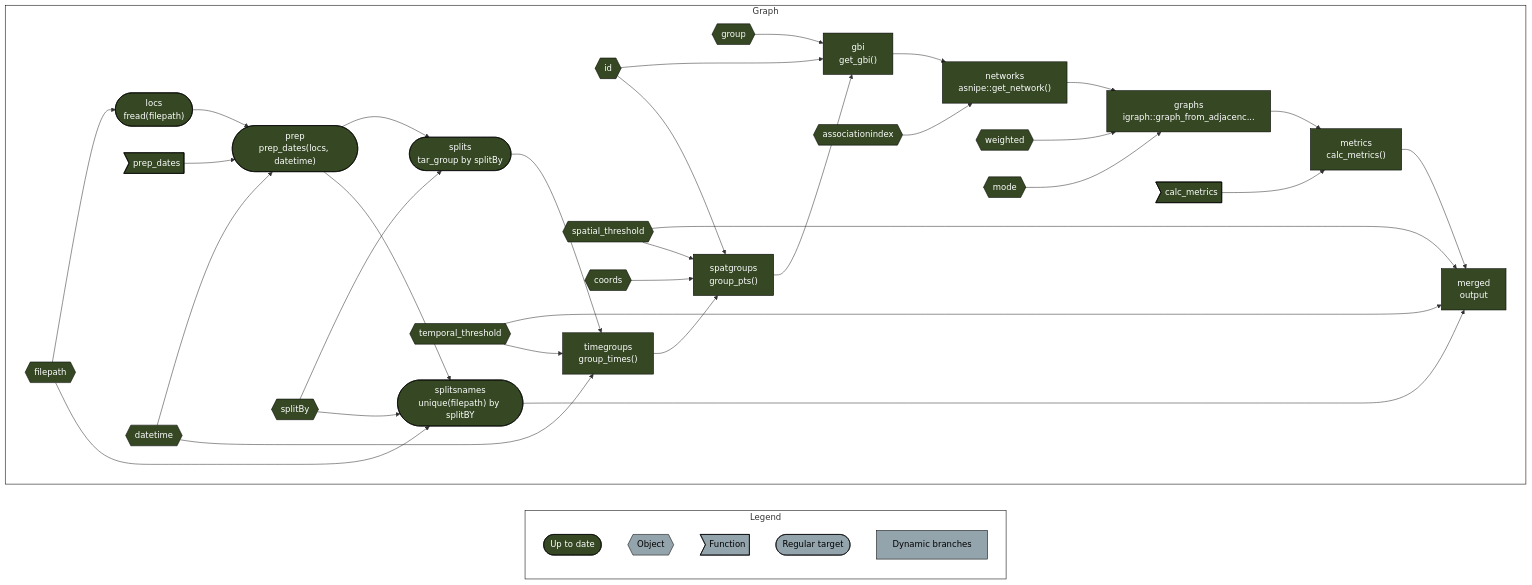
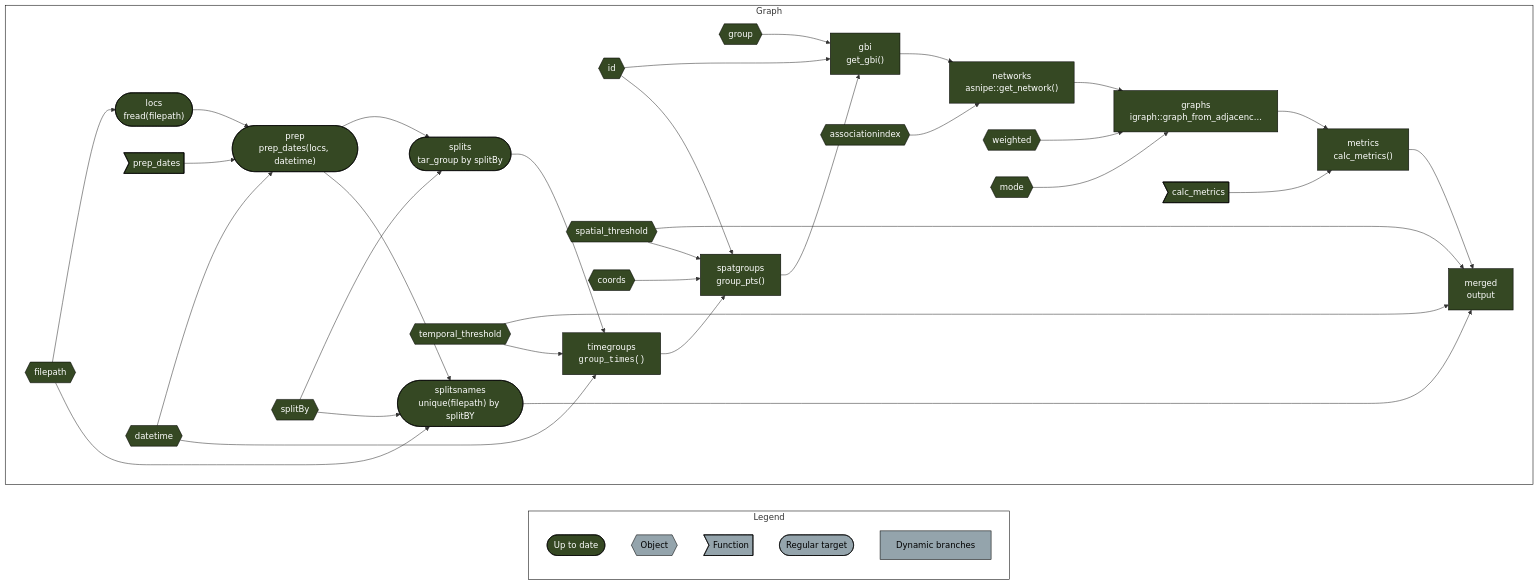
Before and after one commit to robitalec/targets-spatsoc-networks: the diagram in README.md, drawn with Mermaid. The commit also changed 1 other file, not shown here.

Commit message:
test code html block styling

````diff
--- a/README.md
+++ b/README.md
@@ -10,48 +10,48 @@
 ``` mermaid
 graph LR
   style Legend fill:#FFFFFF00,stroke:#000000;
   style Graph fill:#FFFFFF00,stroke:#000000;
   subgraph Legend
     xf1522833a4d242c5(["Up to date"]):::uptodate
     xbecb13963f49e50b{{"Object"}}:::none
     xeb2d7cac8a1ce544>"Function"]:::none
     xd03d7c7dd2ddda2b(["Regular target"]):::none
     x6f7e04ea3427f824["Dynamic branches"]:::none
   end
   subgraph Graph
     direction LR
     xfeaff7c1bc5fe2e5{{"group"}}:::uptodate --> x8b0c676d7240242a["gbi<br>get_gbi()"]:::uptodate
     xc25194a2e4c760d5{{"id"}}:::uptodate --> x8b0c676d7240242a["gbi<br>get_gbi()"]:::uptodate
     xdf10c21b92224150["spatgroups<br>group_pts()"]:::uptodate --> x8b0c676d7240242a["gbi<br>get_gbi()"]:::uptodate
     xc389638817199bf0["networks<br>asnipe::get_network()"]:::uptodate --> x2db02d438e6d5e6f["graphs<br>igraph::graph_from_adjacenc..."]:::uptodate
     x7ceaaf778822044f{{"weighted"}}:::uptodate --> x2db02d438e6d5e6f["graphs<br>igraph::graph_from_adjacenc..."]:::uptodate
     x8568773019f89f54{{"mode"}}:::uptodate --> x2db02d438e6d5e6f["graphs<br>igraph::graph_from_adjacenc..."]:::uptodate
     x251c0fecf340765b{{"filepath"}}:::uptodate --> x5d49490da5202c91(["locs<br>fread(filepath)"]):::uptodate
     x544e14c8fac2c5b0["metrics<br>calc_metrics()"]:::uptodate --> x0babe2584c9010e0["merged<br>output"]:::uptodate
     x86be964788bf0a62{{"spatial_threshold"}}:::uptodate --> x0babe2584c9010e0["merged<br>output"]:::uptodate
     xe5f9f129783c9289(["splitsnames<br>unique(filepath) by splitBY"]):::uptodate --> x0babe2584c9010e0["merged<br>output"]:::uptodate
     x7691bca923fa768d{{"temporal_threshold"}}:::uptodate --> x0babe2584c9010e0["merged<br>output"]:::uptodate
     x6f3a445de245bc35>"calc_metrics"]:::uptodate --> x544e14c8fac2c5b0["metrics<br>calc_metrics()"]:::uptodate
     x2db02d438e6d5e6f["graphs<br>igraph::graph_from_adjacenc..."]:::uptodate --> x544e14c8fac2c5b0["metrics<br>calc_metrics()"]:::uptodate
     xc46e1ab6af5c8492{{"associationindex"}}:::uptodate --> xc389638817199bf0["networks<br>asnipe::get_network()"]:::uptodate
     x8b0c676d7240242a["gbi<br>get_gbi()"]:::uptodate --> xc389638817199bf0["networks<br>asnipe::get_network()"]:::uptodate
     xd135a9eb46727432>"prep_dates"]:::uptodate --> x3906e3b7b61cde90(["prep<br>prep_dates(locs, datetime)"]):::uptodate
     xe1070fbd6d46a47b{{"datetime"}}:::uptodate --> x3906e3b7b61cde90(["prep<br>prep_dates(locs, datetime)"]):::uptodate
     x5d49490da5202c91(["locs<br>fread(filepath)"]):::uptodate --> x3906e3b7b61cde90(["prep<br>prep_dates(locs, datetime)"]):::uptodate
     xbd740468b493bf05{{"coords"}}:::uptodate --> xdf10c21b92224150["spatgroups<br>group_pts()"]:::uptodate
     xc25194a2e4c760d5{{"id"}}:::uptodate --> xdf10c21b92224150["spatgroups<br>group_pts()"]:::uptodate
     x86be964788bf0a62{{"spatial_threshold"}}:::uptodate --> xdf10c21b92224150["spatgroups<br>group_pts()"]:::uptodate
-    xc119b121c4bf638e["timegroups<br>group_times()"]:::uptodate --> xdf10c21b92224150["spatgroups<br>group_pts()"]:::uptodate
+    xc119b121c4bf638e["timegroups<br><code>group_times()</code>"]:::uptodate --> xdf10c21b92224150["spatgroups<br>group_pts()"]:::uptodate
     x6fa178f2283ab5b1{{"splitBy"}}:::uptodate --> xf94084fe2fb21595(["splits<br>tar_group by splitBy"]):::uptodate
     x3906e3b7b61cde90(["prep<br>prep_dates(locs, datetime)"]):::uptodate --> xf94084fe2fb21595(["splits<br>tar_group by splitBy"]):::uptodate
     x251c0fecf340765b{{"filepath"}}:::uptodate --> xe5f9f129783c9289(["splitsnames<br>unique(filepath) by splitBY"]):::uptodate
     x6fa178f2283ab5b1{{"splitBy"}}:::uptodate --> xe5f9f129783c9289(["splitsnames<br>unique(filepath) by splitBY"]):::uptodate
     x3906e3b7b61cde90(["prep<br>prep_dates(locs, datetime)"]):::uptodate --> xe5f9f129783c9289(["splitsnames<br>unique(filepath) by splitBY"]):::uptodate
-    xe1070fbd6d46a47b{{"datetime"}}:::uptodate --> xc119b121c4bf638e["timegroups<br>group_times()"]:::uptodate
-    x7691bca923fa768d{{"temporal_threshold"}}:::uptodate --> xc119b121c4bf638e["timegroups<br>group_times()"]:::uptodate
-    xf94084fe2fb21595(["splits<br>tar_group by splitBy"]):::uptodate --> xc119b121c4bf638e["timegroups<br>group_times()"]:::uptodate
+    xe1070fbd6d46a47b{{"datetime"}}:::uptodate --> xc119b121c4bf638e["timegroups<br><code>group_times()</code>"]:::uptodate
+    x7691bca923fa768d{{"temporal_threshold"}}:::uptodate --> xc119b121c4bf638e["timegroups<br><code>group_times()</code>"]:::uptodate
+    xf94084fe2fb21595(["splits<br>tar_group by splitBy"]):::uptodate --> xc119b121c4bf638e["timegroups<br><code>group_times()</code>"]:::uptodate
     
   end
   classDef uptodate stroke:#000000,color:#ffffff,fill:#354823;
   classDef none stroke:#000000,color:#000000,fill:#94a4ac;
 ```
````
